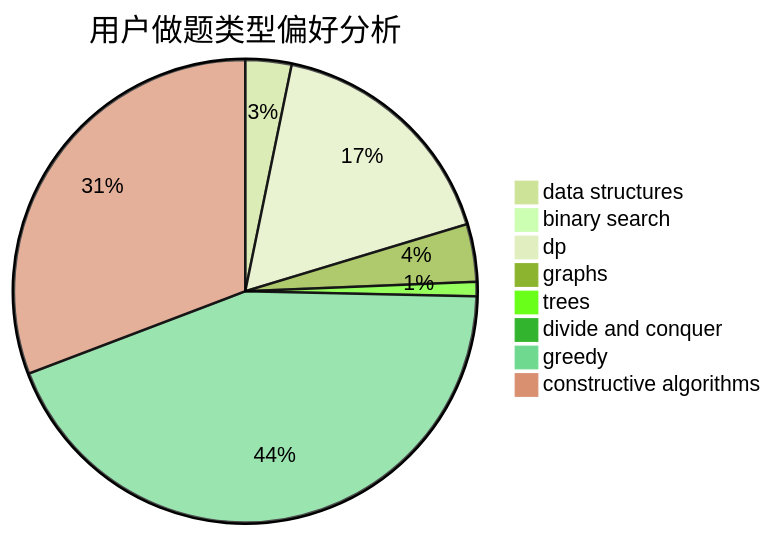
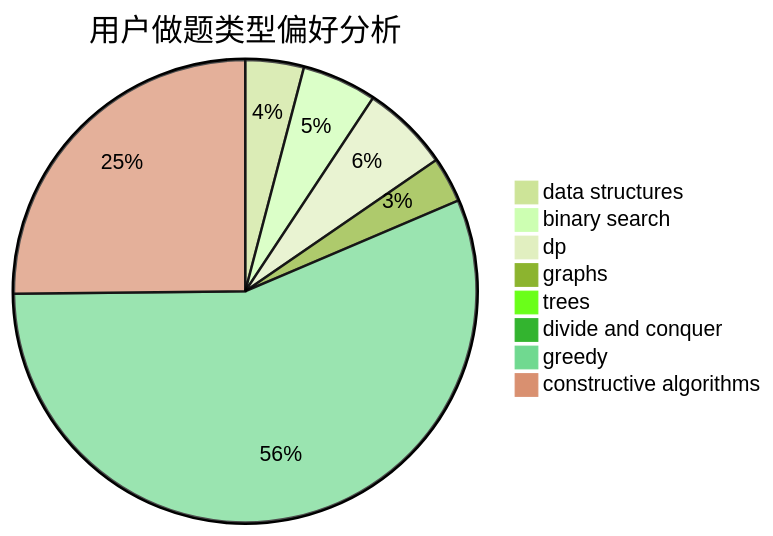
The second of 3 diagrams in docs/user/u584.md (sherpahu/cfrs.github.io), drawn with Mermaid (forest theme) before and after one commit. The commit also changed other lines of this file and 2770 other files, not shown here.

````diff
--- a/docs/user/u584.md
+++ b/docs/user/u584.md
@@ -23,11 +23,11 @@
 ```mermaid
 pie title 用户做题类型偏好分析
-    "data structures" :  16
-    "binary search" :  0
-    "dp" :  85
-    "graphs" :  20
-    "trees" :  5
-    "divide and conquer" :  0
-    "greedy" :  218
-    "constructive algorithms" :  153
+    "data structures" :  18
+    "binary search" :  23
+    "dp" :  27
+    "graphs" :  14
+    "trees" :  0
+    "divide and conquer" :  1
+    "greedy" :  248
+    "constructive algorithms" :  111
 ```
````
